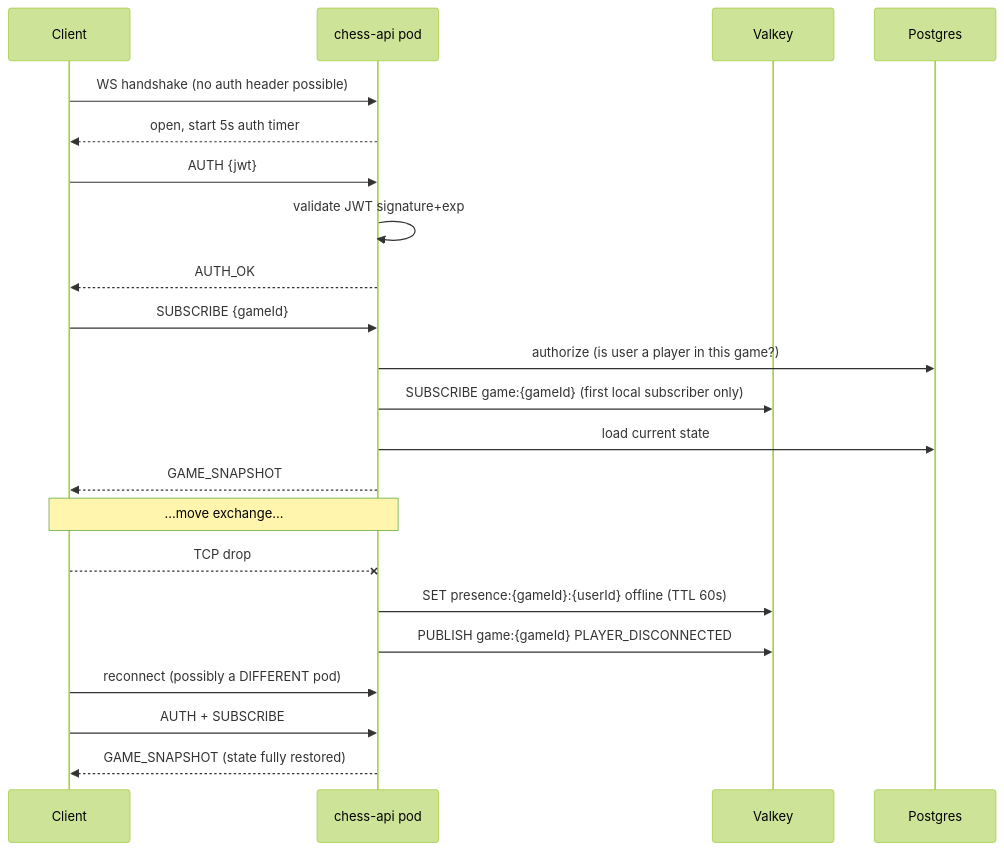
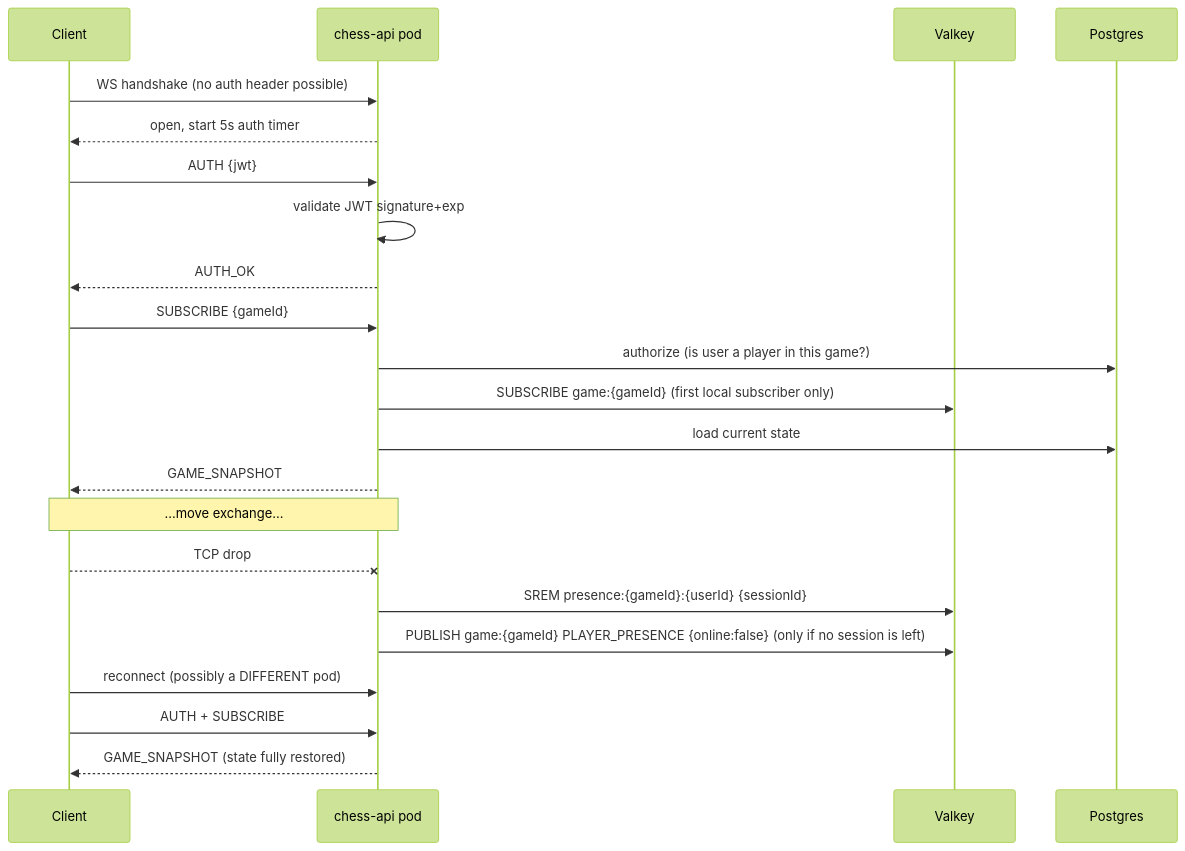
The second of 2 diagrams in ARCHITECTURE.md (Abhinav2777/chess-platform), drawn with Mermaid (forest theme) before and after one commit. The commit also changed other lines of this file and 4 other files, not shown here.

First line of the commit message:
docs: architecture checked against the code; diagrams; README with results (10.3)

````diff
--- a/ARCHITECTURE.md
+++ b/ARCHITECTURE.md
@@ -331,25 +341,25 @@
 ```mermaid
 sequenceDiagram
     participant C as Client
     participant W as chess-api pod
     participant V as Valkey
     participant P as Postgres
 
     C->>W: WS handshake (no auth header possible)
     W-->>C: open, start 5s auth timer
     C->>W: AUTH {jwt}
     W->>W: validate JWT signature+exp
     W-->>C: AUTH_OK
     C->>W: SUBSCRIBE {gameId}
     W->>P: authorize (is user a player in this game?)
     W->>V: SUBSCRIBE game:{gameId}  (first local subscriber only)
     W->>P: load current state
     W-->>C: GAME_SNAPSHOT
     Note over C,W: ...move exchange...
     C--xW: TCP drop
-    W->>V: SET presence:{gameId}:{userId} offline (TTL 60s)
-    W->>V: PUBLISH game:{gameId} PLAYER_DISCONNECTED
+    W->>V: SREM presence:{gameId}:{userId} {sessionId}
+    W->>V: PUBLISH game:{gameId} PLAYER_PRESENCE {online:false} (only if no session is left)
     C->>W: reconnect (possibly a DIFFERENT pod)
     C->>W: AUTH + SUBSCRIBE
     W-->>C: GAME_SNAPSHOT (state fully restored)
 ```
````
